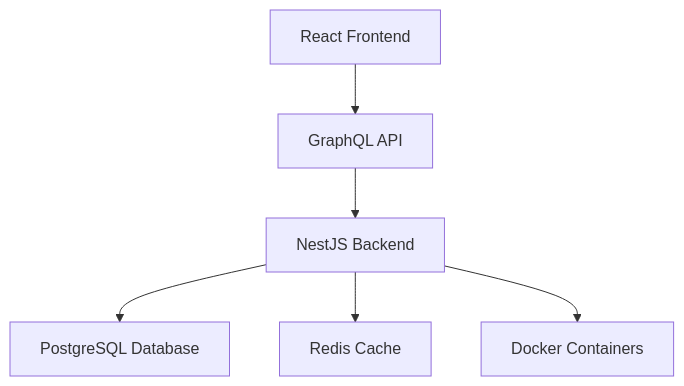
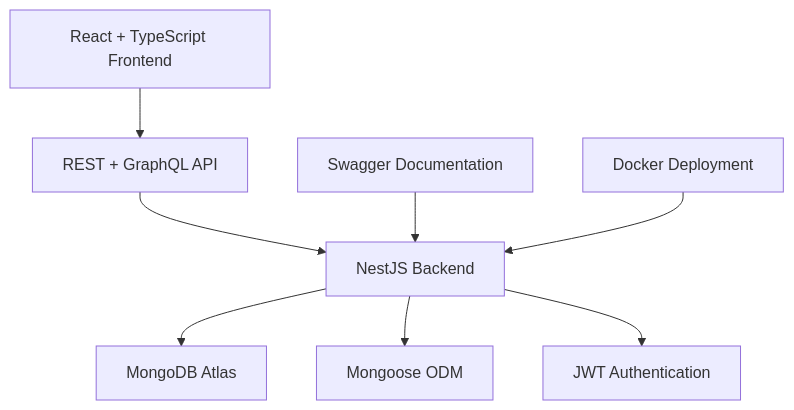
One commit to Gatroxm/ProjectHub changed the first of 3 diagrams in README.md. Above: the diagram before and after it, drawn with Mermaid. The commit also changed other lines of this file and 32 other files, not shown here.

````diff
--- a/README.md
+++ b/README.md
@@ -47,8 +63,10 @@
 ```mermaid
 graph TB
-    A[React Frontend] --> B[GraphQL API]
+    A[React + TypeScript Frontend] --> B[REST + GraphQL API]
     B --> C[NestJS Backend]
-    C --> D[PostgreSQL Database]
-    C --> E[Redis Cache]
-    C --> F[Docker Containers]
+    C --> D[MongoDB Atlas]
+    C --> E[Mongoose ODM]
+    C --> F[JWT Authentication]
+    G[Swagger Documentation] --> C
+    H[Docker Deployment] --> C
 ```
````
